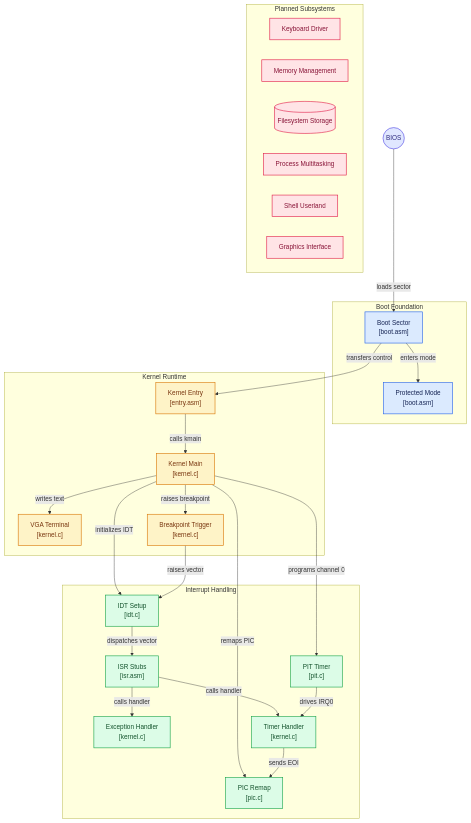
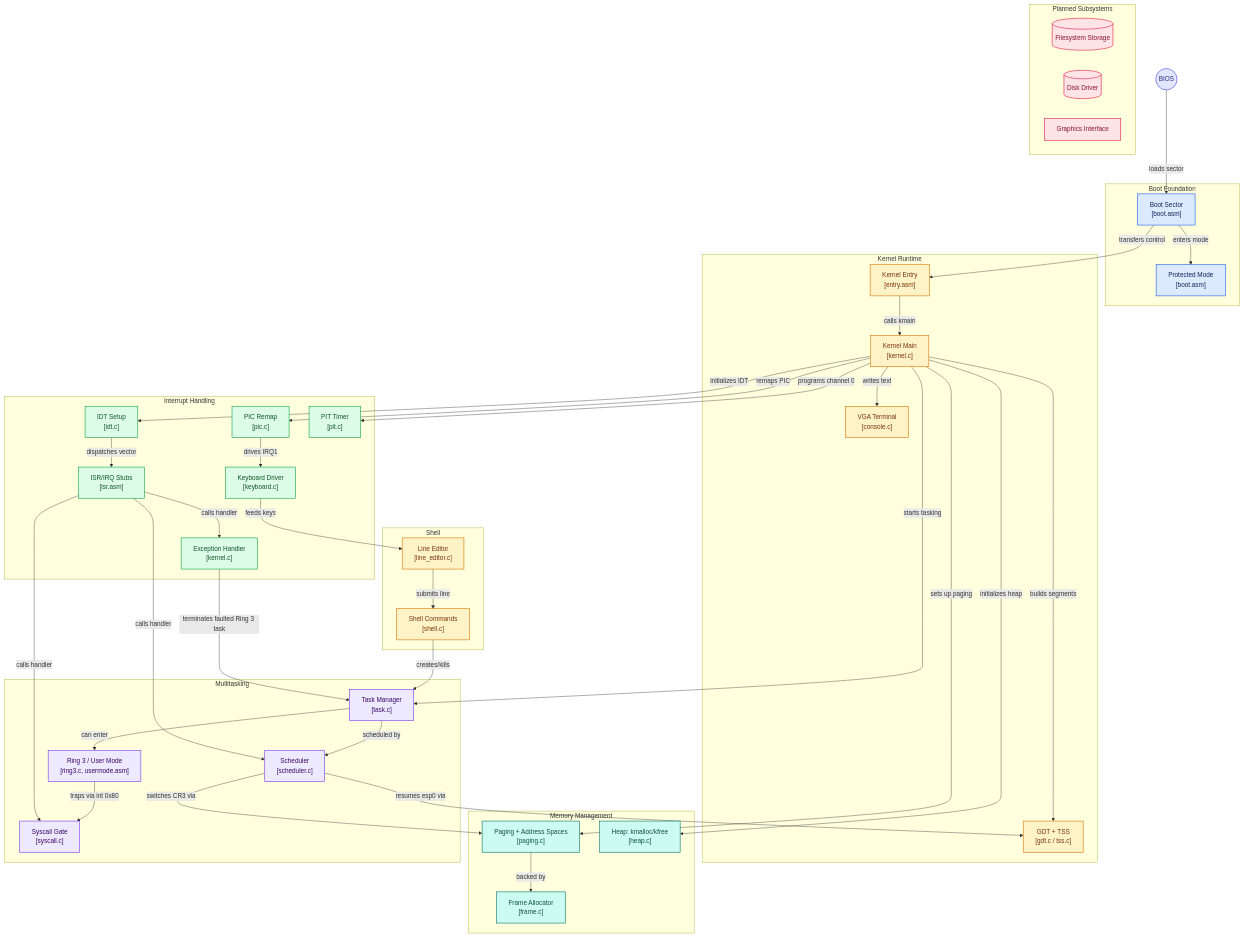
The diagram in README.md (ria0304/Lumen), drawn with Mermaid before and after one commit. The commit also changed other lines of this file, not shown here.

````diff
--- a/README.md
+++ b/README.md
@@ -112,25 +117,40 @@
 subgraph group_kernel["Kernel Runtime"]
   node_kernel_entry["Kernel Entry<br/>[entry.asm]"]
   node_kernel_main["Kernel Main<br/>[kernel.c]"]
-  node_vga_terminal["VGA Terminal<br/>[kernel.c]"]
-  node_breakpoint["Breakpoint Trigger<br/>[kernel.c]"]
+  node_vga_terminal["VGA Terminal<br/>[console.c]"]
+  node_gdt_tss["GDT + TSS<br/>[gdt.c / tss.c]"]
 end
 
 subgraph group_interrupts["Interrupt Handling"]
   node_idt["IDT Setup<br/>[idt.c]"]
-  node_isr_stubs["ISR Stubs<br/>[isr.asm]"]
+  node_isr_stubs["ISR/IRQ Stubs<br/>[isr.asm]"]
   node_exception_handler["Exception Handler<br/>[kernel.c]"]
   node_pic["PIC Remap<br/>[pic.c]"]
   node_pit["PIT Timer<br/>[pit.c]"]
-  node_timer_handler["Timer Handler<br/>[kernel.c]"]
+  node_keyboard["Keyboard Driver<br/>[keyboard.c]"]
+end
+
+subgraph group_memory["Memory Management"]
+  node_paging["Paging + Address Spaces<br/>[paging.c]"]
+  node_frame["Frame Allocator<br/>[frame.c]"]
+  node_heap["Heap: kmalloc/kfree<br/>[heap.c]"]
+end
+
+subgraph group_tasking["Multitasking"]
+  node_task["Task Manager<br/>[task.c]"]
+  node_scheduler["Scheduler<br/>[scheduler.c]"]
+  node_ring3["Ring 3 / User Mode<br/>[ring3.c, usermode.asm]"]
+  node_syscall["Syscall Gate<br/>[syscall.c]"]
+end
+
+subgraph group_shell["Shell"]
+  node_line_editor["Line Editor<br/>[line_editor.c]"]
+  node_shell["Shell Commands<br/>[shell.c]"]
 end
 
 subgraph group_roadmap["Planned Subsystems"]
-  node_keyboard["Keyboard Driver"]
-  node_memory_management["Memory Management"]
   node_filesystem[("Filesystem Storage")]
-  node_multitasking["Process Multitasking"]
-  node_shell_userland["Shell Userland"]
+  node_disk[("Disk Driver")]
   node_graphics["Graphics Interface"]
 end
 
@@ -141,34 +161,52 @@
 node_boot_sector -->|"transfers control"| node_kernel_entry
 node_kernel_entry -->|"calls kmain"| node_kernel_main
 node_kernel_main -->|"writes text"| node_vga_terminal
+node_kernel_main -->|"builds segments"| node_gdt_tss
 node_kernel_main -->|"initializes IDT"| node_idt
-node_kernel_main -->|"raises breakpoint"| node_breakpoint
-node_breakpoint -->|"raises vector"| node_idt
 node_kernel_main -->|"remaps PIC"| node_pic
 node_kernel_main -->|"programs channel 0"| node_pit
+node_kernel_main -->|"sets up paging"| node_paging
+node_paging -->|"backed by"| node_frame
+node_kernel_main -->|"initializes heap"| node_heap
+node_kernel_main -->|"starts tasking"| node_task
+node_task -->|"scheduled by"| node_scheduler
+node_scheduler -->|"switches CR3 via"| node_paging
+node_scheduler -->|"resumes esp0 via"| node_gdt_tss
+node_task -->|"can enter"| node_ring3
+node_ring3 -->|"traps via int 0x80"| node_syscall
 node_idt -->|"dispatches vector"| node_isr_stubs
 node_isr_stubs -->|"calls handler"| node_exception_handler
-node_isr_stubs -->|"calls handler"| node_timer_handler
-node_pit -->|"drives IRQ0"| node_timer_handler
-node_timer_handler -->|"sends EOI"| node_pic
+node_isr_stubs -->|"calls handler"| node_scheduler
+node_isr_stubs -->|"calls handler"| node_syscall
+node_pic -->|"drives IRQ1"| node_keyboard
+node_keyboard -->|"feeds keys"| node_line_editor
+node_line_editor -->|"submits line"| node_shell
+node_shell -->|"creates/kills"| node_task
+node_exception_handler -->|"terminates faulted Ring 3 task"| node_task
 
 click node_boot_sector "https://github.com/ria0304/lumen/blob/main/boot/boot.asm"
 click node_protected_mode "https://github.com/ria0304/lumen/blob/main/boot/boot.asm"
 click node_kernel_entry "https://github.com/ria0304/lumen/blob/main/kernel/entry.asm"
 click node_kernel_main "https://github.com/ria0304/lumen/blob/main/kernel/kernel.c"
-click node_vga_terminal "https://github.com/ria0304/lumen/blob/main/kernel/kernel.c"
-click node_breakpoint "https://github.com/ria0304/lumen/blob/main/kernel/kernel.c"
+click node_vga_terminal "https://github.com/ria0304/lumen/blob/main/kernel/console.c"
+click node_gdt_tss "https://github.com/ria0304/lumen/blob/main/kernel/gdt.c"
 click node_idt "https://github.com/ria0304/lumen/blob/main/kernel/idt.c"
 click node_isr_stubs "https://github.com/ria0304/lumen/blob/main/kernel/isr.asm"
 click node_exception_handler "https://github.com/ria0304/lumen/blob/main/kernel/kernel.c"
 click node_pic "https://github.com/ria0304/lumen/blob/main/kernel/pic.c"
 click node_pit "https://github.com/ria0304/lumen/blob/main/kernel/pit.c"
-click node_timer_handler "https://github.com/ria0304/lumen/blob/main/kernel/kernel.c"
-click node_keyboard "https://github.com/ria0304/lumen/tree/main/kernel"
-click node_memory_management "https://github.com/ria0304/lumen/tree/main/kernel"
+click node_keyboard "https://github.com/ria0304/lumen/blob/main/kernel/keyboard.c"
+click node_paging "https://github.com/ria0304/lumen/blob/main/kernel/paging.c"
+click node_frame "https://github.com/ria0304/lumen/blob/main/kernel/frame.c"
+click node_heap "https://github.com/ria0304/lumen/blob/main/kernel/heap.c"
+click node_task "https://github.com/ria0304/lumen/blob/main/kernel/task.c"
+click node_scheduler "https://github.com/ria0304/lumen/blob/main/kernel/scheduler.c"
+click node_ring3 "https://github.com/ria0304/lumen/blob/main/kernel/ring3.c"
+click node_syscall "https://github.com/ria0304/lumen/blob/main/kernel/syscall.c"
+click node_line_editor "https://github.com/ria0304/lumen/blob/main/kernel/line_editor.c"
+click node_shell "https://github.com/ria0304/lumen/blob/main/kernel/shell.c"
 click node_filesystem "https://github.com/ria0304/lumen/tree/main/kernel"
-click node_multitasking "https://github.com/ria0304/lumen/tree/main/kernel"
-click node_shell_userland "https://github.com/ria0304/lumen/tree/main/kernel"
+click node_disk "https://github.com/ria0304/lumen/tree/main/kernel"
 click node_graphics "https://github.com/ria0304/lumen/tree/main/kernel"
 
 classDef toneNeutral fill:#f8fafc,stroke:#334155,stroke-width:1.5px,color:#0f172a
@@ -178,9 +216,13 @@
 classDef toneRose fill:#ffe4e6,stroke:#e11d48,stroke-width:1.5px,color:#881337
 classDef toneIndigo fill:#e0e7ff,stroke:#4f46e5,stroke-width:1.5px,color:#312e81
 classDef toneTeal fill:#ccfbf1,stroke:#0f766e,stroke-width:1.5px,color:#134e4a
+classDef tonePurple fill:#ede9fe,stroke:#7c3aed,stroke-width:1.5px,color:#3b0764
 class node_boot_sector,node_protected_mode toneBlue
-class node_kernel_entry,node_kernel_main,node_vga_terminal,node_breakpoint toneAmber
-class node_idt,node_isr_stubs,node_exception_handler,node_pic,node_pit,node_timer_handler toneMint
-class node_keyboard,node_memory_management,node_filesystem,node_multitasking,node_shell_userland,node_graphics toneRose
+class node_kernel_entry,node_kernel_main,node_vga_terminal,node_gdt_tss toneAmber
+class node_idt,node_isr_stubs,node_exception_handler,node_pic,node_pit,node_keyboard toneMint
+class node_paging,node_frame,node_heap toneTeal
+class node_task,node_scheduler,node_ring3,node_syscall tonePurple
+class node_line_editor,node_shell toneAmber
+class node_filesystem,node_disk,node_graphics toneRose
 class node_bios toneIndigo
 ```
````
